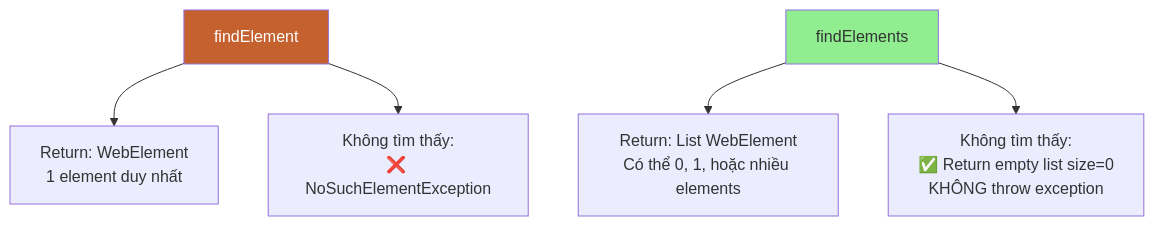
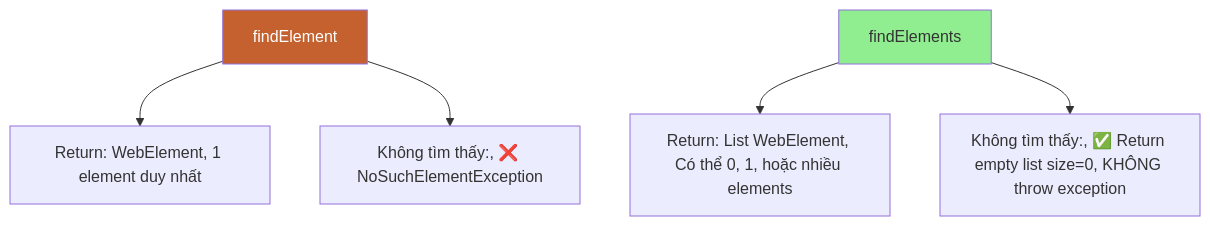
Before and after one commit to namnd0806/automation-testing-cource: the second of 6 diagrams in 05-locators-8-strategies.md, drawn with Mermaid. The commit also changed other lines of this file and 4 other files, not shown here.

First line of the commit message:
Fix: Sửa tất cả sơ đồ Mermaid lỗi format

````diff
--- a/05-locators-8-strategies.md
+++ b/05-locators-8-strategies.md
@@ -78,14 +78,14 @@
 ```mermaid
 graph TD
     A[findElement]
     B[findElements]
     
-    A --> C[Return: WebElement<br/>1 element duy nhất]
-    A --> D[Không tìm thấy:<br/>❌ NoSuchElementException]
+    A --> C[Return: WebElement, 1 element duy nhất]
+    A --> D[Không tìm thấy:, ❌ NoSuchElementException]
     
-    B --> E[Return: List WebElement<br/>Có thể 0, 1, hoặc nhiều elements]
-    B --> F[Không tìm thấy:<br/>✅ Return empty list size=0<br/>KHÔNG throw exception]
+    B --> E[Return: List WebElement, Có thể 0, 1, hoặc nhiều elements]
+    B --> F[Không tìm thấy:, ✅ Return empty list size=0, KHÔNG throw exception]
     
     style A fill:#C4612F,color:#fff
     style B fill:#90EE90
 ```
````
